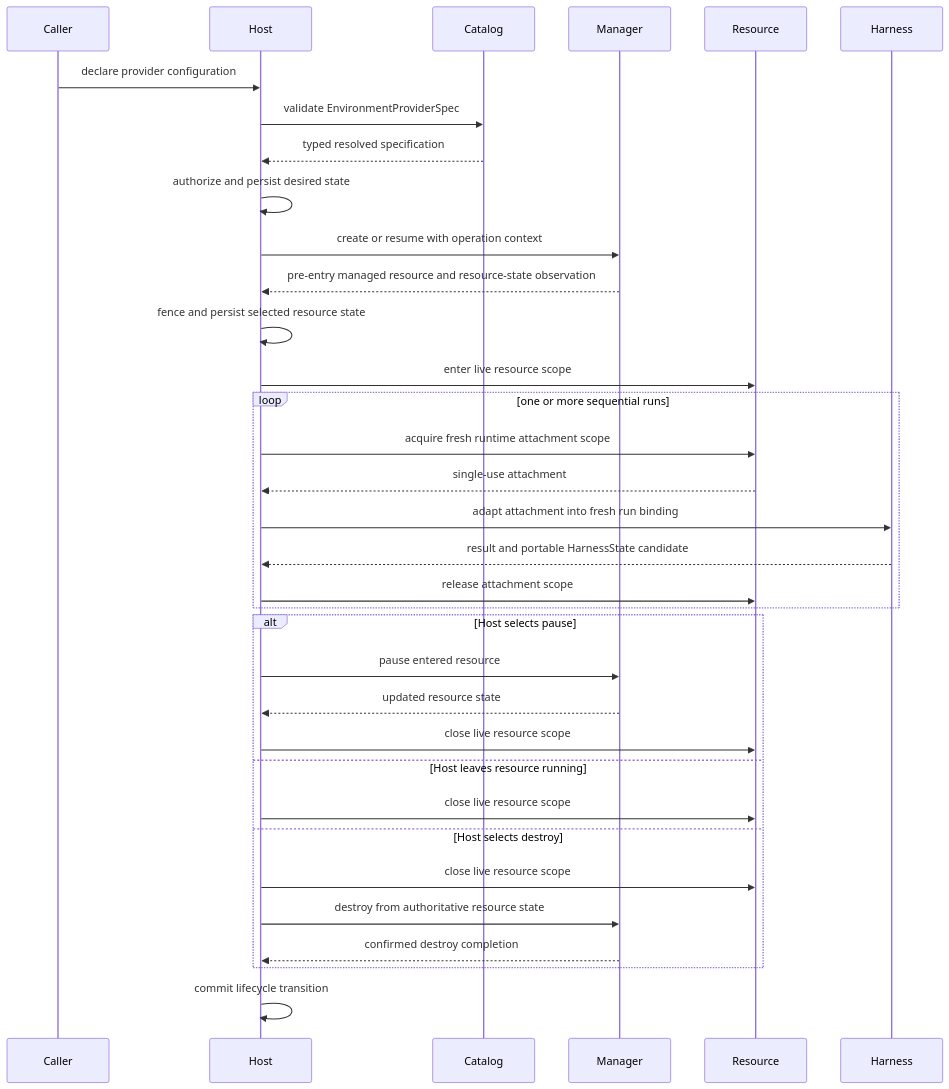
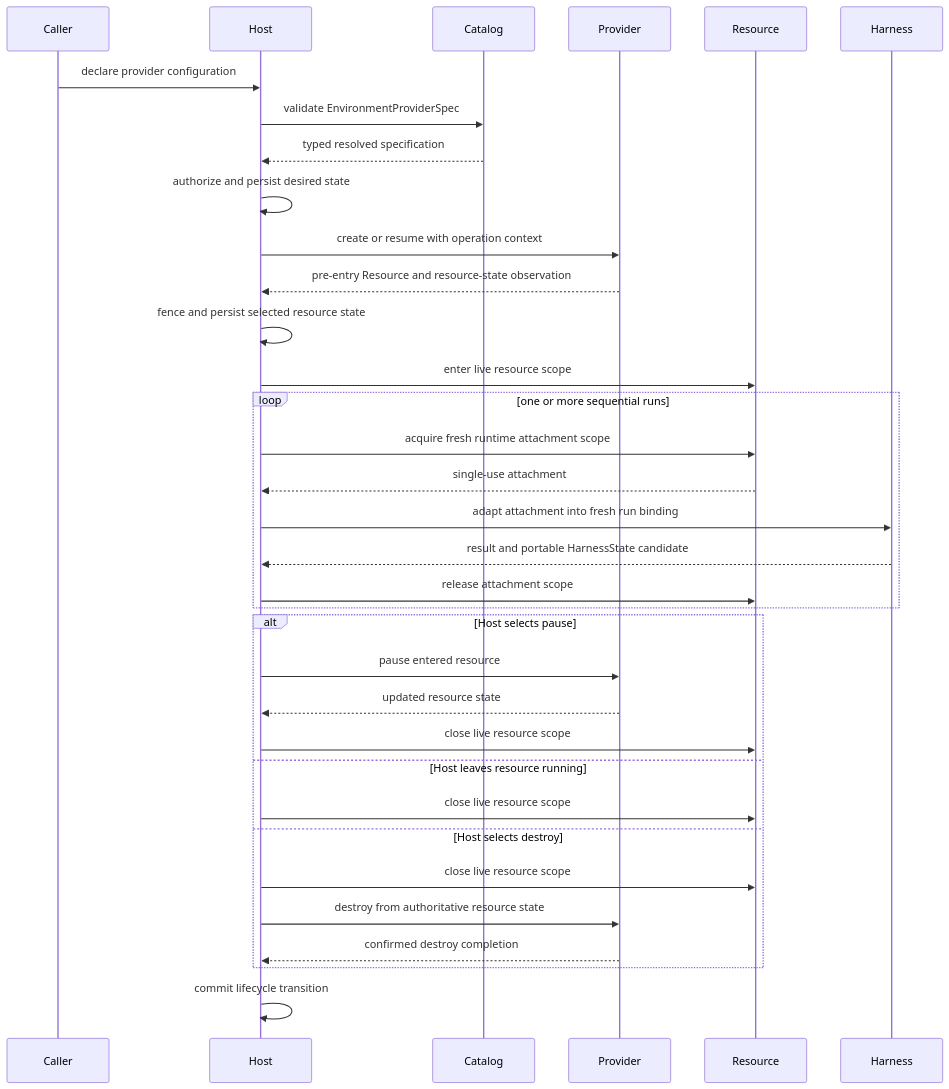
Before and after one commit to LTThreeComma/agent-foundation: the second of 2 diagrams in spec/agent-environment-provider/00-overview.md, drawn with Mermaid. The commit also changed other lines of this file and 125 other files, not shown here.

````diff
--- a/spec/agent-environment-provider/00-overview.md
+++ b/spec/agent-environment-provider/00-overview.md
@@ -75,37 +75,37 @@
 ```mermaid
 sequenceDiagram
     participant Caller
     participant Host
     participant Catalog
-    participant Manager
+    participant Provider
     participant Resource
     participant Harness
 
     Caller->>Host: declare provider configuration
     Host->>Catalog: validate EnvironmentProviderSpec
     Catalog-->>Host: typed resolved specification
     Host->>Host: authorize and persist desired state
-    Host->>Manager: create or resume with operation context
-    Manager-->>Host: pre-entry managed resource and resource-state observation
+    Host->>Provider: create or resume with operation context
+    Provider-->>Host: pre-entry Resource and resource-state observation
     Host->>Host: fence and persist selected resource state
     Host->>Resource: enter live resource scope
     loop one or more sequential runs
         Host->>Resource: acquire fresh runtime attachment scope
         Resource-->>Host: single-use attachment
         Host->>Harness: adapt attachment into fresh run binding
         Harness-->>Host: result and portable HarnessState candidate
         Host->>Resource: release attachment scope
     end
     alt Host selects pause
-        Host->>Manager: pause entered resource
-        Manager-->>Host: updated resource state
+        Host->>Provider: pause entered resource
+        Provider-->>Host: updated resource state
         Host->>Resource: close live resource scope
     else Host leaves resource running
         Host->>Resource: close live resource scope
     else Host selects destroy
         Host->>Resource: close live resource scope
-        Host->>Manager: destroy from authoritative resource state
-        Manager-->>Host: confirmed destroy completion
+        Host->>Provider: destroy from authoritative resource state
+        Provider-->>Host: confirmed destroy completion
     end
     Host->>Host: commit lifecycle transition
 ```
````
